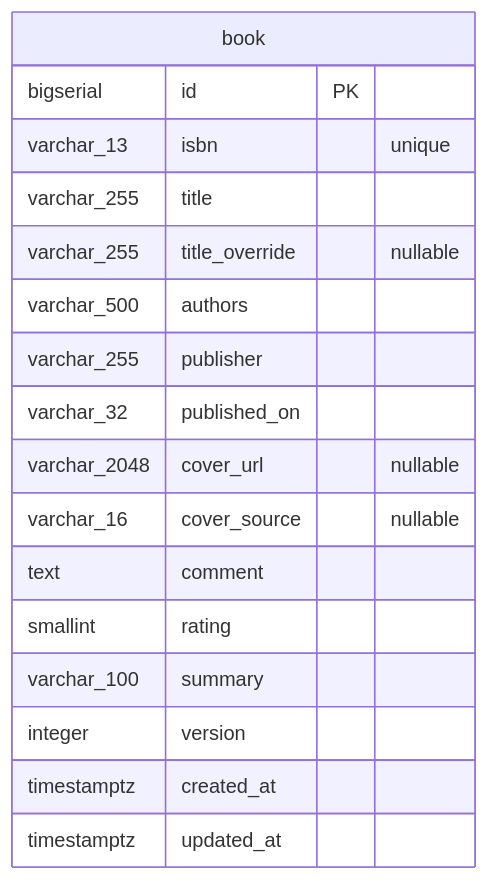
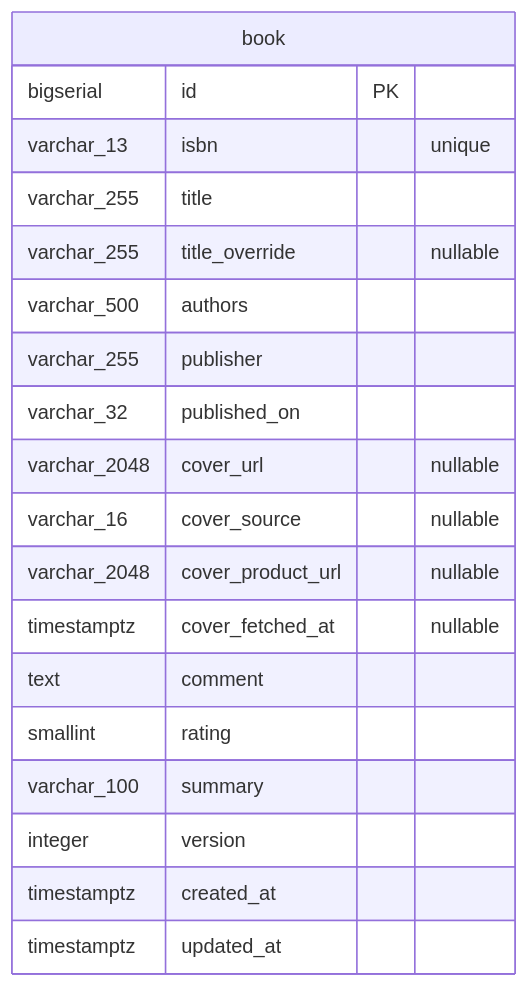
One commit to mrstsgk/book-management-system changed the first of 2 diagrams in docs/db/backend-schema.md. Above: the diagram before and after it, drawn with Mermaid. The commit also changed other lines of this file and 3 other files, not shown here.

````diff
--- a/docs/db/backend-schema.md
+++ b/docs/db/backend-schema.md
@@ -7,20 +7,22 @@
 ```mermaid
 erDiagram
     book {
         bigserial id PK
         varchar_13 isbn "unique"
         varchar_255 title
         varchar_255 title_override "nullable"
         varchar_500 authors
         varchar_255 publisher
         varchar_32 published_on
         varchar_2048 cover_url "nullable"
         varchar_16 cover_source "nullable"
+        varchar_2048 cover_product_url "nullable"
+        timestamptz cover_fetched_at "nullable"
         text comment
         smallint rating
         varchar_100 summary
         integer version
         timestamptz created_at
         timestamptz updated_at
     }
 ```
````
